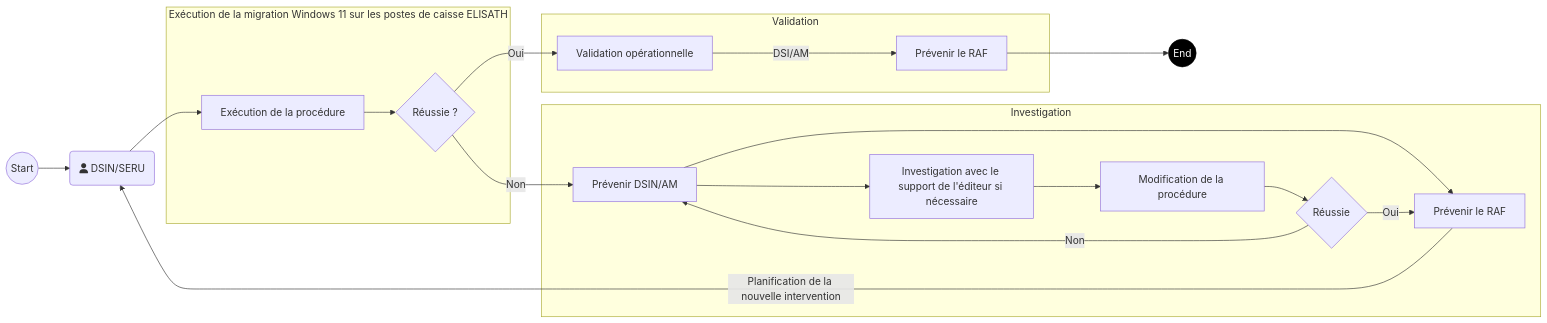
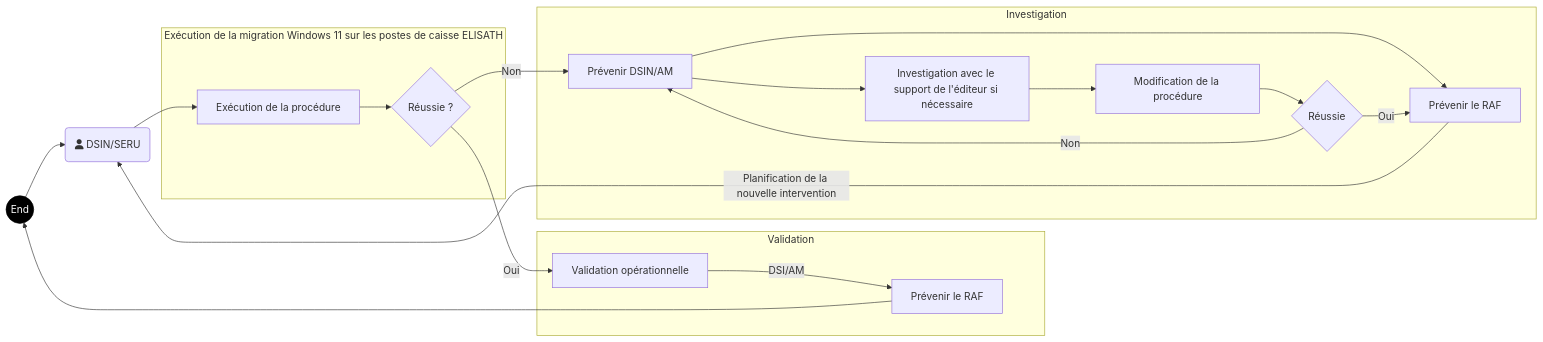
One commit to fdadda/iodraw-files changed the diagram in all/Flux de validation.md. Above: the diagram before and after it, drawn with Mermaid.

Commit message:
2026-05-12 09:35:54 update

````diff
--- a/all/Flux de validation.md
+++ b/all/Flux de validation.md
@@ -1,28 +1,28 @@
 ```mermaid
 flowchart LR
 
-    start((Start)) --> A
+    Point((Start)) --> A
     classDef startStyle fill:#000,stroke:#000,color:#fff
     class Point startStyle
     A(fa:fa-user DSIN/SERU) --> B[Exécution de la procédure]
     subgraph Exécution de la migration Windows 11 sur les postes de caisse ELISATH
     B --> C{Réussie ?}
     end
     subgraph Validation
         C -- Oui --> D[Validation opérationnelle]
         D -- DSI/AM --> J[Prévenir le RAF]
         
     end
-    J --> endProc((End)):::startStyle
+    J --> Point((End)):::startStyle
     subgraph Investigation
         C -- Non --> E[Prévenir DSIN/AM]
         E --> F[Prévenir le RAF]
         E --> G[Investigation avec le support de l'éditeur si nécessaire]
         G --> H[Modification de la procédure]
         H --> I{Réussie}
         I -- Oui --> F
         I -- Non --> E
     end
     F -- Planification de la nouvelle intervention --> A
     
 ```
````
